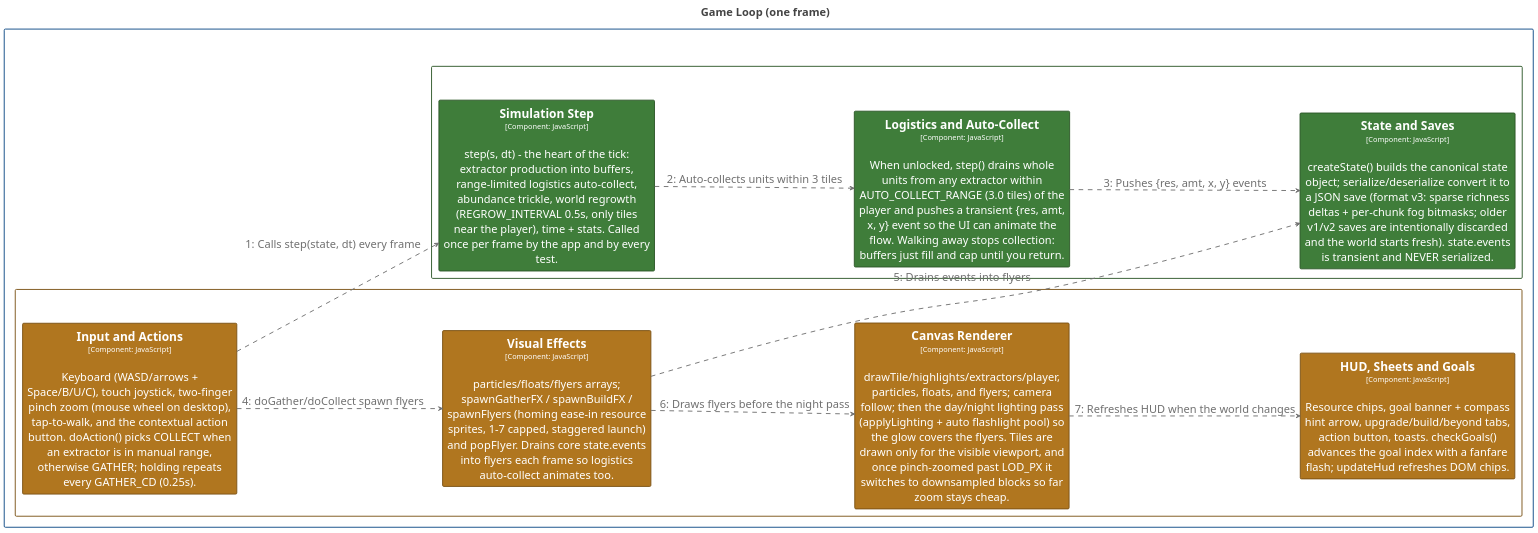
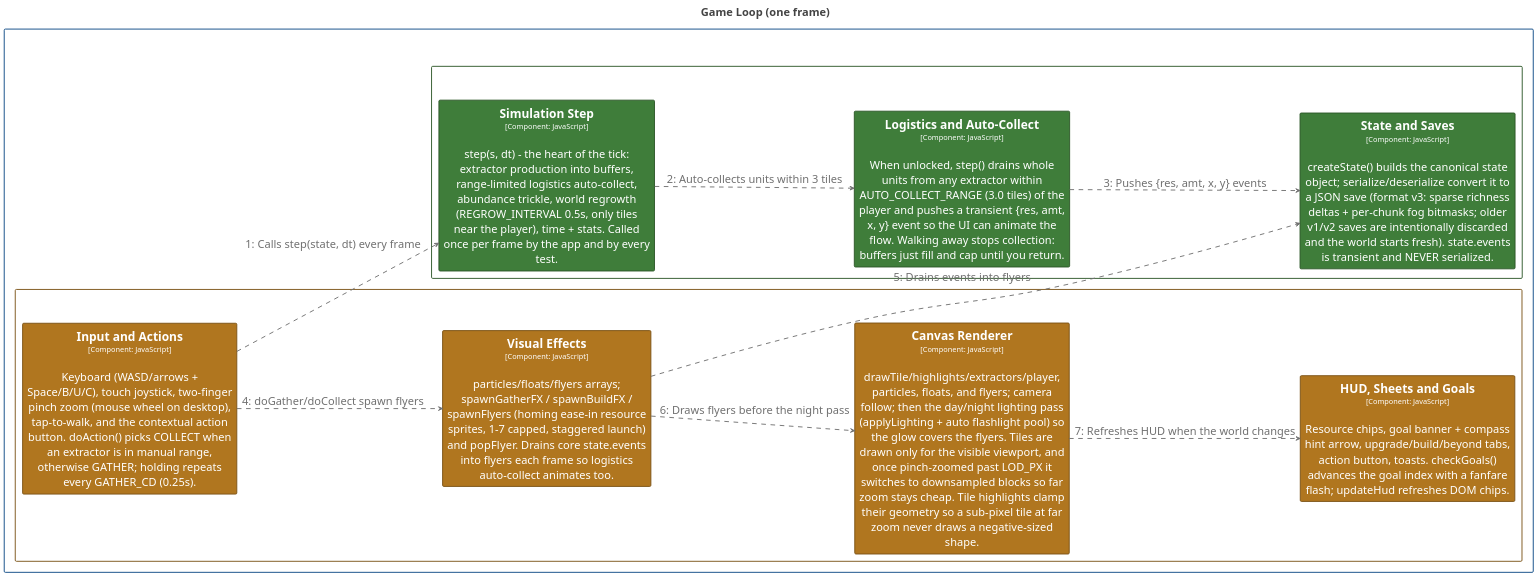
Before and after one commit to bitkojine/more-than-enough: the diagram in structurizr/diagrams/GameLoop.puml, drawn with PlantUML. The commit also changed 9 other files, not shown here.

```diff
--- a/structurizr/diagrams/GameLoop.puml
+++ b/structurizr/diagrams/GameLoop.puml
@@ -2,107 +2,107 @@
 @startuml
 title <size:24>Game Loop (one frame)</size>
 
 set separator none
 left to right direction
 skinparam ranksep 20
 skinparam nodesep 5
 hide stereotype
 
 <style>
   root {
     BackgroundColor: #ffffff;
     FontColor: #444444;
   }
   // Element,Component,Core Engine
   .Element-RWxlbWVudCxDb21wb25lbnQsQ29yZSBFbmdpbmU= {
     BackgroundColor: #3f7d3a;
     LineColor: #2c5728;
     LineStyle: 0;
     LineThickness: 2;
     FontColor: #ffffff;
     FontSize: 24;
     HorizontalAlignment: center;
     Shadowing: 0;
     MaximumWidth: 450;
   }
   // Element,Component,Presentation
   .Element-RWxlbWVudCxDb21wb25lbnQsUHJlc2VudGF0aW9u {
     BackgroundColor: #b0761f;
     LineColor: #7b5215;
     LineStyle: 0;
     LineThickness: 2;
     FontColor: #ffffff;
     FontSize: 24;
     HorizontalAlignment: center;
     Shadowing: 0;
     MaximumWidth: 450;
   }
   // Relationship
   .Relationship-UmVsYXRpb25zaGlw {
     LineThickness: 2;
     LineStyle: 10-10;
     LineColor: #707070;
     FontColor: #707070;
     FontSize: 24;
     MaximumWidth: 200;
   }
   // MORE THAN ENOUGH
   .Boundary-TU9SRSBUSEFOIEVOT1VHSA== {
     BackgroundColor: #ffffff;
     LineColor: #0b4884;
     LineStyle: 0;
     LineThickness: 2;
     FontColor: #ffffff;
     FontSize: 24;
     HorizontalAlignment: center;
     Shadowing: 0;
   }
   // Simulation Core
   .Boundary-U2ltdWxhdGlvbiBDb3Jl {
     BackgroundColor: #ffffff;
     LineColor: #2c5728;
     LineStyle: 0;
     LineThickness: 2;
     FontColor: #ffffff;
     FontSize: 24;
     HorizontalAlignment: center;
     Shadowing: 0;
   }
   // Web Application
   .Boundary-V2ViIEFwcGxpY2F0aW9u {
     BackgroundColor: #ffffff;
     LineColor: #7b5215;
     LineStyle: 0;
     LineThickness: 2;
     FontColor: #ffffff;
     FontSize: 24;
     HorizontalAlignment: center;
     Shadowing: 0;
   }
 </style>
 
 rectangle "MORE THAN ENOUGH\n<size:16>[Software System]</size>" <<Boundary-TU9SRSBUSEFOIEVOT1VHSA==>> {
   rectangle "Simulation Core\n<size:16>[Container: JavaScript (ES5, browser + Node)]</size>" <<Boundary-U2ltdWxhdGlvbiBDb3Jl>> {
     rectangle "==State and Saves\n<size:16>[Component: JavaScript]</size>\n\ncreateState() builds the canonical state object; serialize/deserialize convert it to a JSON save (format v3: sparse richness deltas + per-chunk fog bitmasks; older v1/v2 saves are intentionally discarded and the world starts fresh). state.events is transient and NEVER serialized." <<Element-RWxlbWVudCxDb21wb25lbnQsQ29yZSBFbmdpbmU=>> as MORETHANENOUGH.SimulationCore.StateandSaves
     rectangle "==Simulation Step\n<size:16>[Component: JavaScript]</size>\n\nstep(s, dt) - the heart of the tick: extractor production into buffers, range-limited logistics auto-collect, abundance trickle, world regrowth (REGROW_INTERVAL 0.5s, only tiles near the player), time + stats. Called once per frame by the app and by every test." <<Element-RWxlbWVudCxDb21wb25lbnQsQ29yZSBFbmdpbmU=>> as MORETHANENOUGH.SimulationCore.SimulationStep
     rectangle "==Logistics and Auto-Collect\n<size:16>[Component: JavaScript]</size>\n\nWhen unlocked, step() drains whole units from any extractor within AUTO_COLLECT_RANGE (3.0 tiles) of the player and pushes a transient {res, amt, x, y} event so the UI can animate the flow. Walking away stops collection: buffers just fill and cap until you return." <<Element-RWxlbWVudCxDb21wb25lbnQsQ29yZSBFbmdpbmU=>> as MORETHANENOUGH.SimulationCore.LogisticsandAutoCollect
   }
 
   rectangle "Web Application\n<size:16>[Container: HTML/CSS/JavaScript]</size>" <<Boundary-V2ViIEFwcGxpY2F0aW9u>> {
     rectangle "==Input and Actions\n<size:16>[Component: JavaScript]</size>\n\nKeyboard (WASD/arrows + Space/B/U/C), touch joystick, two-finger pinch zoom (mouse wheel on desktop), tap-to-walk, and the contextual action button. doAction() picks COLLECT when an extractor is in manual range, otherwise GATHER; holding repeats every GATHER_CD (0.25s)." <<Element-RWxlbWVudCxDb21wb25lbnQsUHJlc2VudGF0aW9u>> as MORETHANENOUGH.WebApplication.InputandActions
-    rectangle "==Canvas Renderer\n<size:16>[Component: JavaScript]</size>\n\ndrawTile/highlights/extractors/player, particles, floats, and flyers; camera follow; then the day/night lighting pass (applyLighting + auto flashlight pool) so the glow covers the flyers. Tiles are drawn only for the visible viewport, and once pinch-zoomed past LOD_PX it switches to downsampled blocks so far zoom stays cheap." <<Element-RWxlbWVudCxDb21wb25lbnQsUHJlc2VudGF0aW9u>> as MORETHANENOUGH.WebApplication.CanvasRenderer
+    rectangle "==Canvas Renderer\n<size:16>[Component: JavaScript]</size>\n\ndrawTile/highlights/extractors/player, particles, floats, and flyers; camera follow; then the day/night lighting pass (applyLighting + auto flashlight pool) so the glow covers the flyers. Tiles are drawn only for the visible viewport, and once pinch-zoomed past LOD_PX it switches to downsampled blocks so far zoom stays cheap. Tile highlights clamp their geometry so a sub-pixel tile at far zoom never draws a negative-sized shape." <<Element-RWxlbWVudCxDb21wb25lbnQsUHJlc2VudGF0aW9u>> as MORETHANENOUGH.WebApplication.CanvasRenderer
     rectangle "==Visual Effects\n<size:16>[Component: JavaScript]</size>\n\nparticles/floats/flyers arrays; spawnGatherFX / spawnBuildFX / spawnFlyers (homing ease-in resource sprites, 1-7 capped, staggered launch) and popFlyer. Drains core state.events into flyers each frame so logistics auto-collect animates too." <<Element-RWxlbWVudCxDb21wb25lbnQsUHJlc2VudGF0aW9u>> as MORETHANENOUGH.WebApplication.VisualEffects
     rectangle "==HUD, Sheets and Goals\n<size:16>[Component: JavaScript]</size>\n\nResource chips, goal banner + compass hint arrow, upgrade/build/beyond tabs, action button, toasts. checkGoals() advances the goal index with a fanfare flash; updateHud refreshes DOM chips." <<Element-RWxlbWVudCxDb21wb25lbnQsUHJlc2VudGF0aW9u>> as MORETHANENOUGH.WebApplication.HUDSheetsandGoals
   }
 
 }
 
 MORETHANENOUGH.WebApplication.InputandActions --> MORETHANENOUGH.SimulationCore.SimulationStep <<Relationship-UmVsYXRpb25zaGlw>> : "1: Calls step(state, dt) every frame"
 MORETHANENOUGH.SimulationCore.SimulationStep --> MORETHANENOUGH.SimulationCore.LogisticsandAutoCollect <<Relationship-UmVsYXRpb25zaGlw>> : "2: Auto-collects units within 3 tiles"
 MORETHANENOUGH.SimulationCore.LogisticsandAutoCollect --> MORETHANENOUGH.SimulationCore.StateandSaves <<Relationship-UmVsYXRpb25zaGlw>> : "3: Pushes {res, amt, x, y} events"
 MORETHANENOUGH.WebApplication.InputandActions --> MORETHANENOUGH.WebApplication.VisualEffects <<Relationship-UmVsYXRpb25zaGlw>> : "4: doGather/doCollect spawn flyers"
 MORETHANENOUGH.WebApplication.VisualEffects --> MORETHANENOUGH.SimulationCore.StateandSaves <<Relationship-UmVsYXRpb25zaGlw>> : "5: Drains events into flyers"
 MORETHANENOUGH.WebApplication.VisualEffects --> MORETHANENOUGH.WebApplication.CanvasRenderer <<Relationship-UmVsYXRpb25zaGlw>> : "6: Draws flyers before the night pass"
 MORETHANENOUGH.WebApplication.CanvasRenderer --> MORETHANENOUGH.WebApplication.HUDSheetsandGoals <<Relationship-UmVsYXRpb25zaGlw>> : "7: Refreshes HUD when the world changes"
 
 @enduml
```
